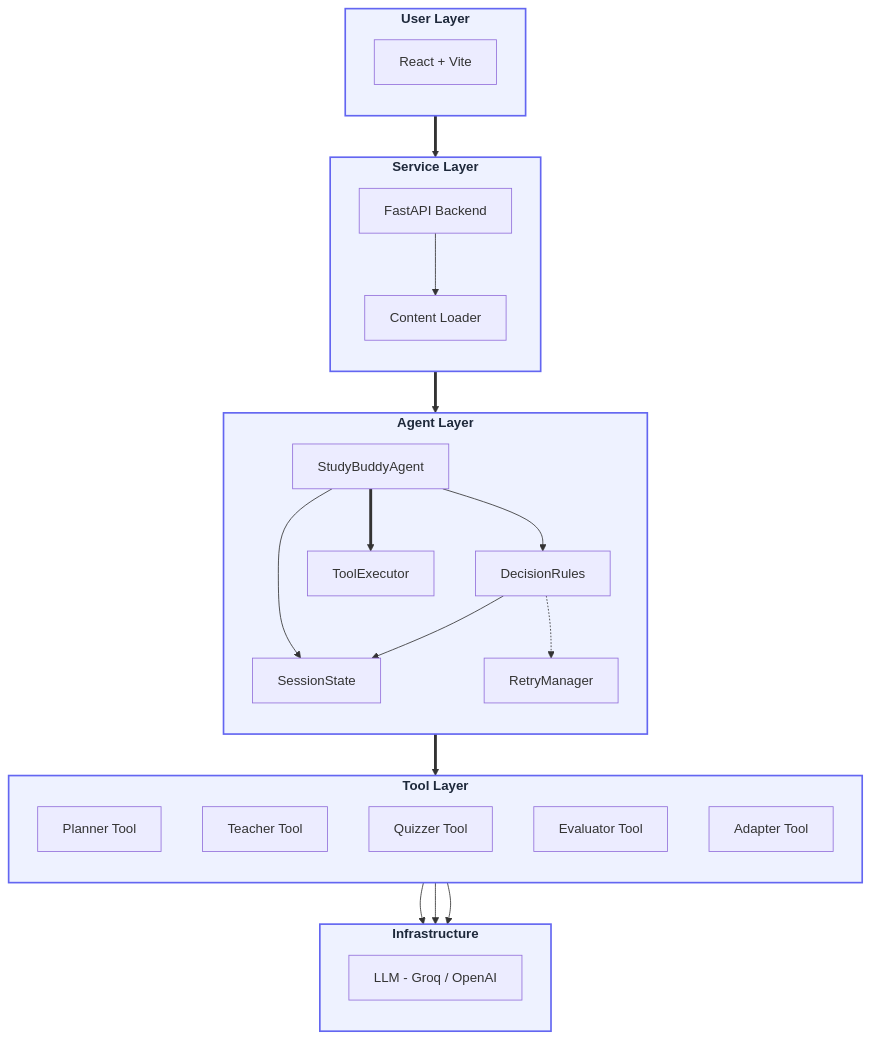
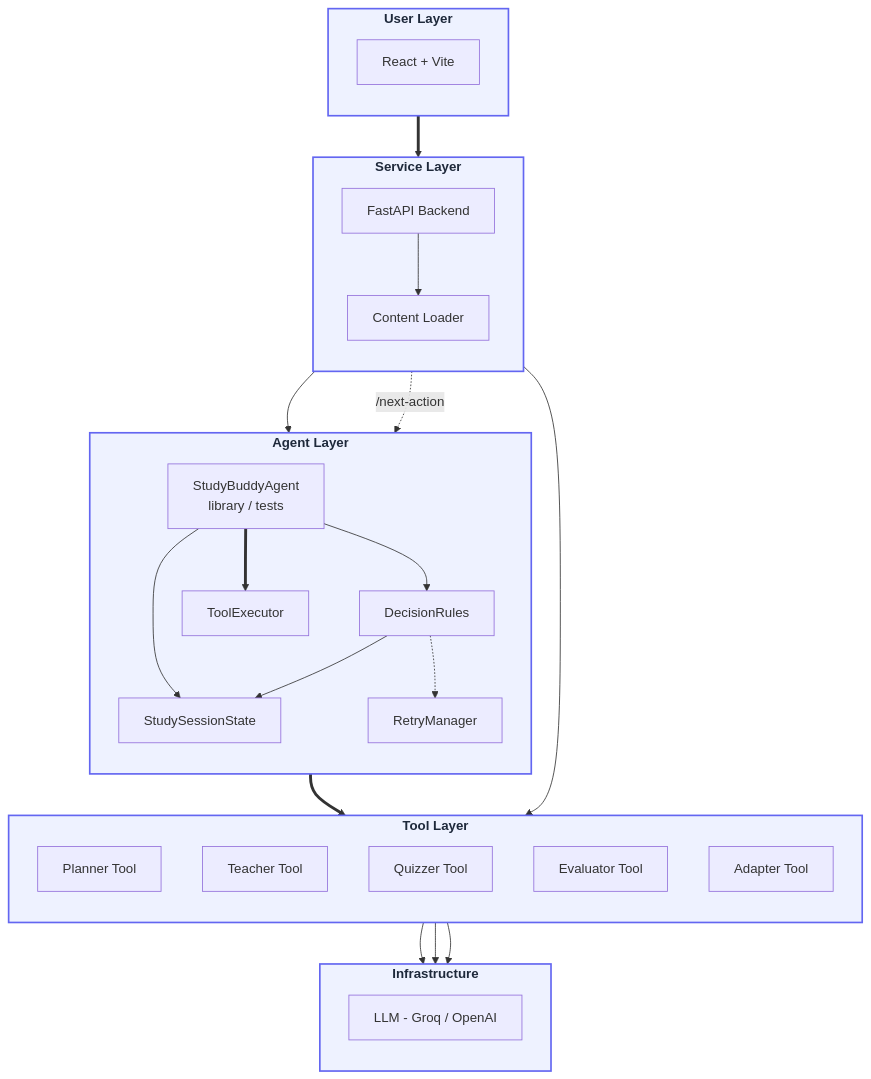
One commit to ebinzacharias/ez-agentic-study-buddy changed the second of 3 diagrams in ARCHITECTURE.md. Above: the diagram before and after it, drawn with Mermaid. The commit also changed other lines of this file and 1 other file, not shown here.

````diff
--- a/ARCHITECTURE.md
+++ b/ARCHITECTURE.md
@@ -125,53 +134,55 @@
 ```mermaid
 flowchart TD
     classDef layer fill:#EEF2FF,stroke:#6366F1,stroke-width:2px,color:#1E293B,font-weight:bold
 
     subgraph UserLayer[User Layer]
         direction TB
         Browser[React + Vite]
     end
 
     subgraph ServiceLayer[Service Layer]
         direction TB
         API[FastAPI Backend]
         CL[Content Loader]
     end
 
     subgraph AgentLayer[Agent Layer]
         direction TB
-        SA[StudyBuddyAgent]
+        SA[StudyBuddyAgent<br/>library / tests]
         TE[ToolExecutor]
         DR[DecisionRules]
         RM[RetryManager]
-        SM[SessionState]
+        SM[StudySessionState]
     end
 
     subgraph ToolLayer[Tool Layer]
         direction TB
         PT[Planner Tool]
         TT[Teacher Tool]
         QT[Quizzer Tool]
         ET[Evaluator Tool]
         AT[Adapter Tool]
     end
 
     subgraph InfraLayer[Infrastructure]
         direction TB
         LLM[LLM - Groq / OpenAI]
     end
 
     Browser ==> API
     API --> CL
-    API ==> SA
+    API --> SM
+    API --> ToolLayer
+    API -.->|/next-action| DR
     SA --> DR
     SA --> SM
     DR --> SM
     DR -.-> RM
     SA ==> TE
     TE ==> ToolLayer
     PT --> LLM
     TT --> LLM
     QT --> LLM
 
     class UserLayer,ServiceLayer,AgentLayer,ToolLayer,InfraLayer layer
 ```
````
